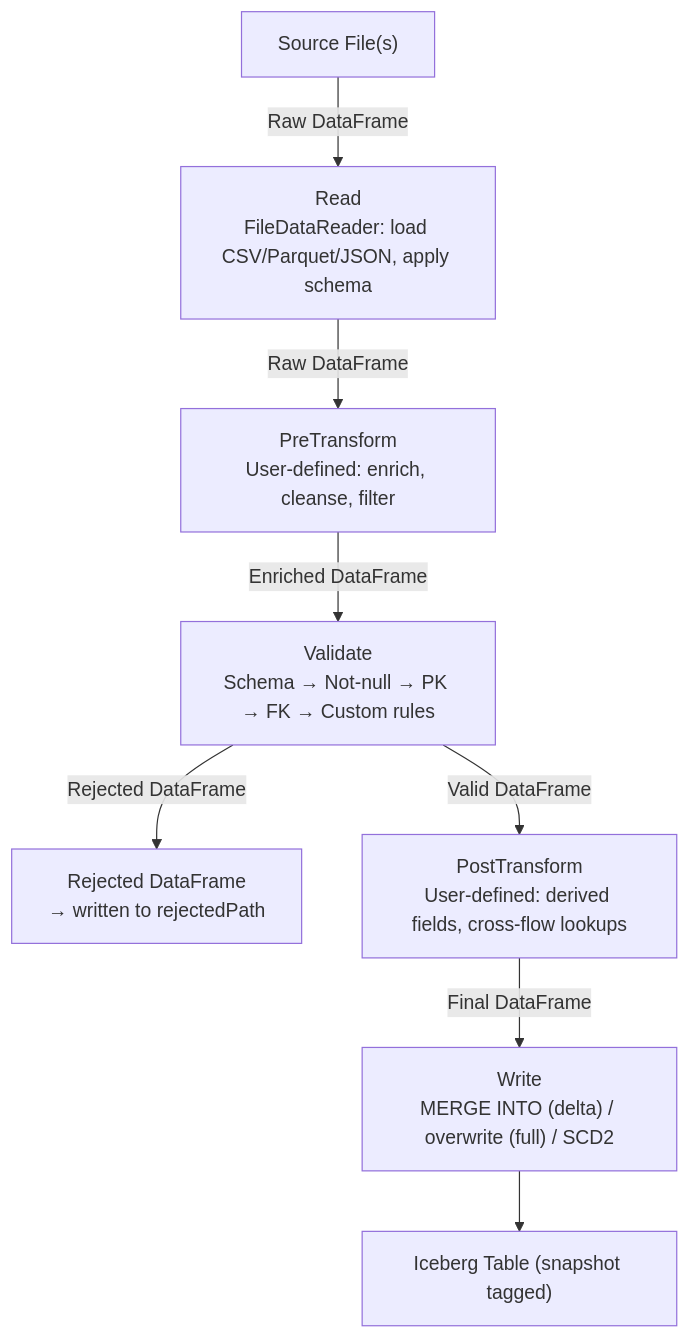
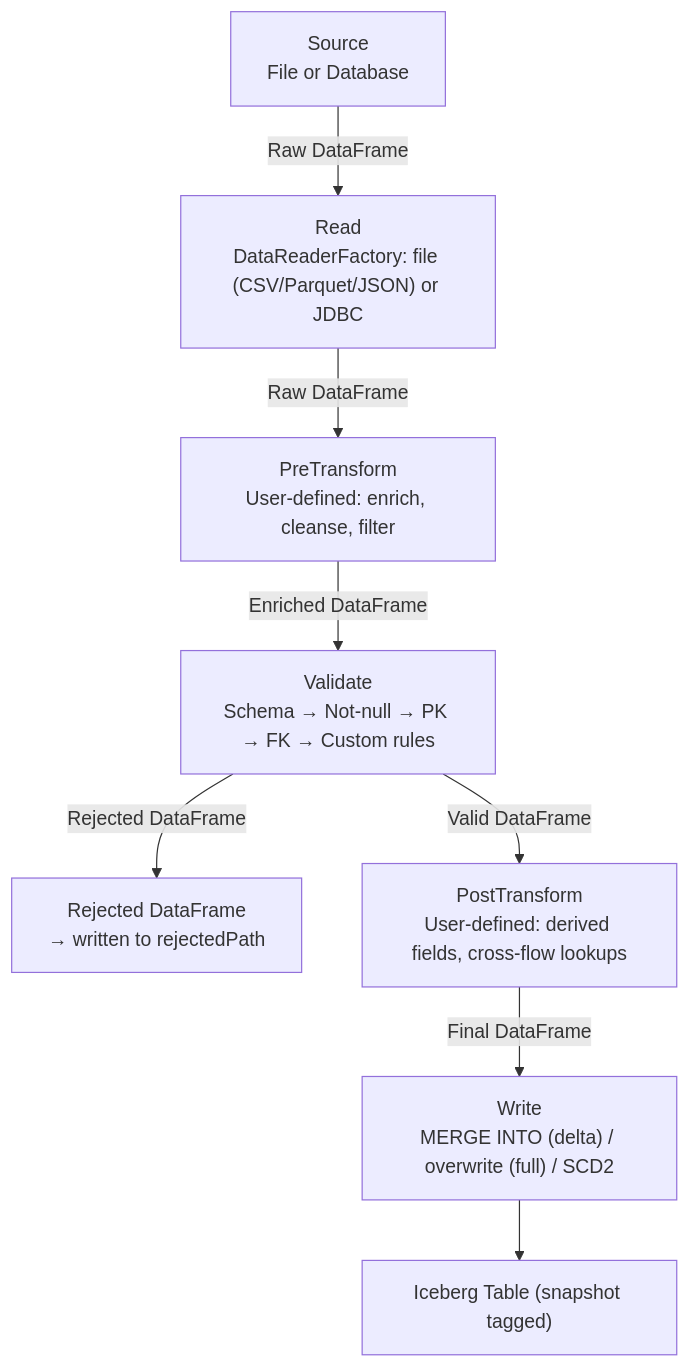
Before and after one commit to giacomoaccursi/Floe: the diagram in site-docs/architecture/data-flow.md, drawn with Mermaid. The commit also changed other lines of this file and 4 other files, not shown here.

Commit message:
docs: update for JDBC reader and format optional change

````diff
--- a/site-docs/architecture/data-flow.md
+++ b/site-docs/architecture/data-flow.md
@@ -7,19 +7,19 @@
 ```mermaid
 graph TD
-    Source["Source File(s)"]
-    Read["Read<br/>FileDataReader: load CSV/Parquet/JSON, apply schema"]
+    Source["Source<br/>File or Database"]
+    Read["Read<br/>DataReaderFactory: file (CSV/Parquet/JSON) or JDBC"]
     PreTransform["PreTransform<br/>User-defined: enrich, cleanse, filter"]
     Validate["Validate<br/>Schema → Not-null → PK → FK → Custom rules"]
     Rejected["Rejected DataFrame<br/>→ written to rejectedPath"]
     PostTransform["PostTransform<br/>User-defined: derived fields, cross-flow lookups"]
     Write["Write<br/>MERGE INTO (delta) / overwrite (full) / SCD2"]
     IcebergTable["Iceberg Table (snapshot tagged)"]
 
     Source -->|"Raw DataFrame"| Read
     Read -->|"Raw DataFrame"| PreTransform
     PreTransform -->|"Enriched DataFrame"| Validate
     Validate -->|"Valid DataFrame"| PostTransform
     Validate -->|"Rejected DataFrame"| Rejected
     PostTransform -->|"Final DataFrame"| Write
     Write --> IcebergTable
 ```
````
